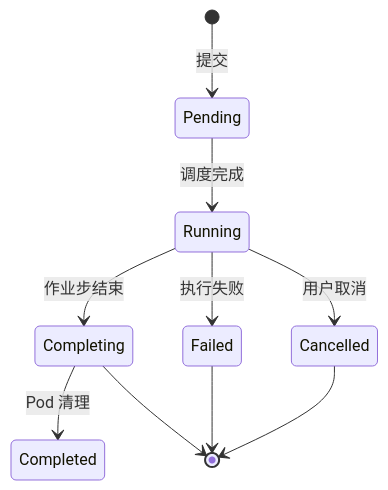
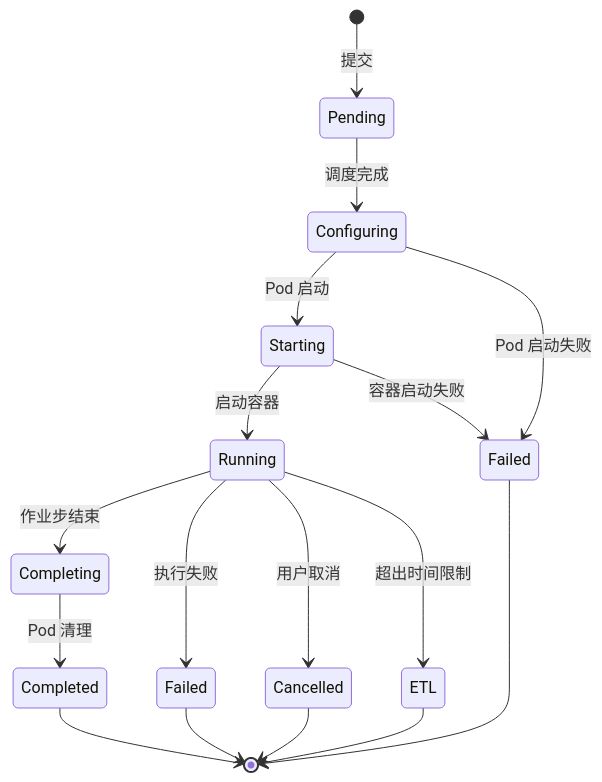
The second of 4 diagrams in docs/zh/reference/container/concepts.md (PKUHPC/CraneSched), drawn with Mermaid before and after one commit. The commit also changed other lines of this file and 4 other files, not shown here.

````diff
--- a/docs/zh/reference/container/concepts.md
+++ b/docs/zh/reference/container/concepts.md
@@ -165,12 +147,22 @@
 ```mermaid
 stateDiagram-v2
+    state "Failed" as FailedStartup
+    state "Failed" as FailedRuntime
+
     [*] --> Pending: 提交
-    Pending --> Running: 调度完成
+    Pending --> Configuring: 调度完成
+    Configuring --> Starting: Pod 启动
+    Configuring --> FailedStartup: Pod 启动失败
+    Starting --> Running: 启动容器
+    Starting --> FailedStartup: 容器启动失败
     Running --> Completing: 作业步结束
     Completing --> Completed: Pod 清理
-    Running --> Failed: 执行失败
+    Running --> FailedRuntime: 执行失败
     Running --> Cancelled: 用户取消
-    Completing --> [*]
-    Failed --> [*]
+    Running --> ETL: 超出时间限制
+    Completed --> [*]
+    FailedStartup --> [*]
+    FailedRuntime --> [*]
     Cancelled --> [*]
+    ETL --> [*]
 ```
````
